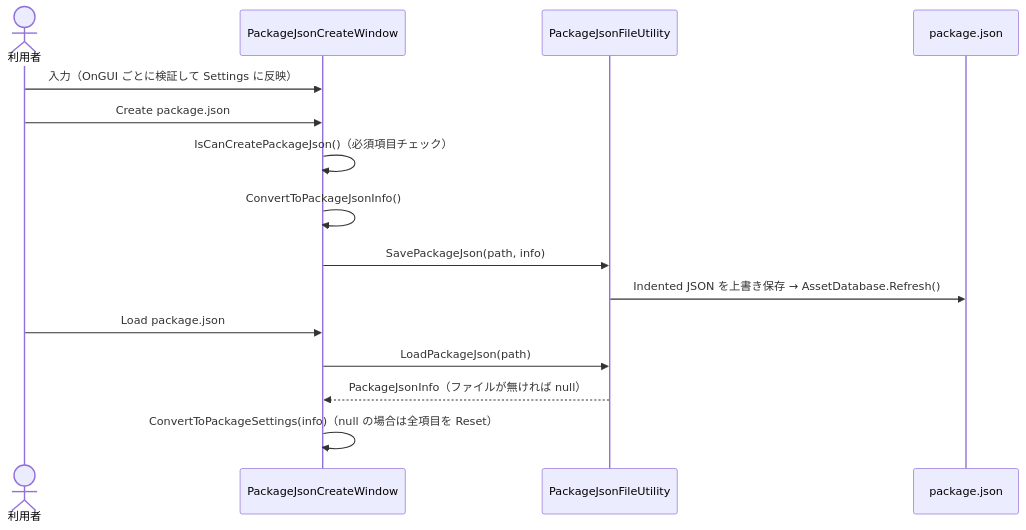
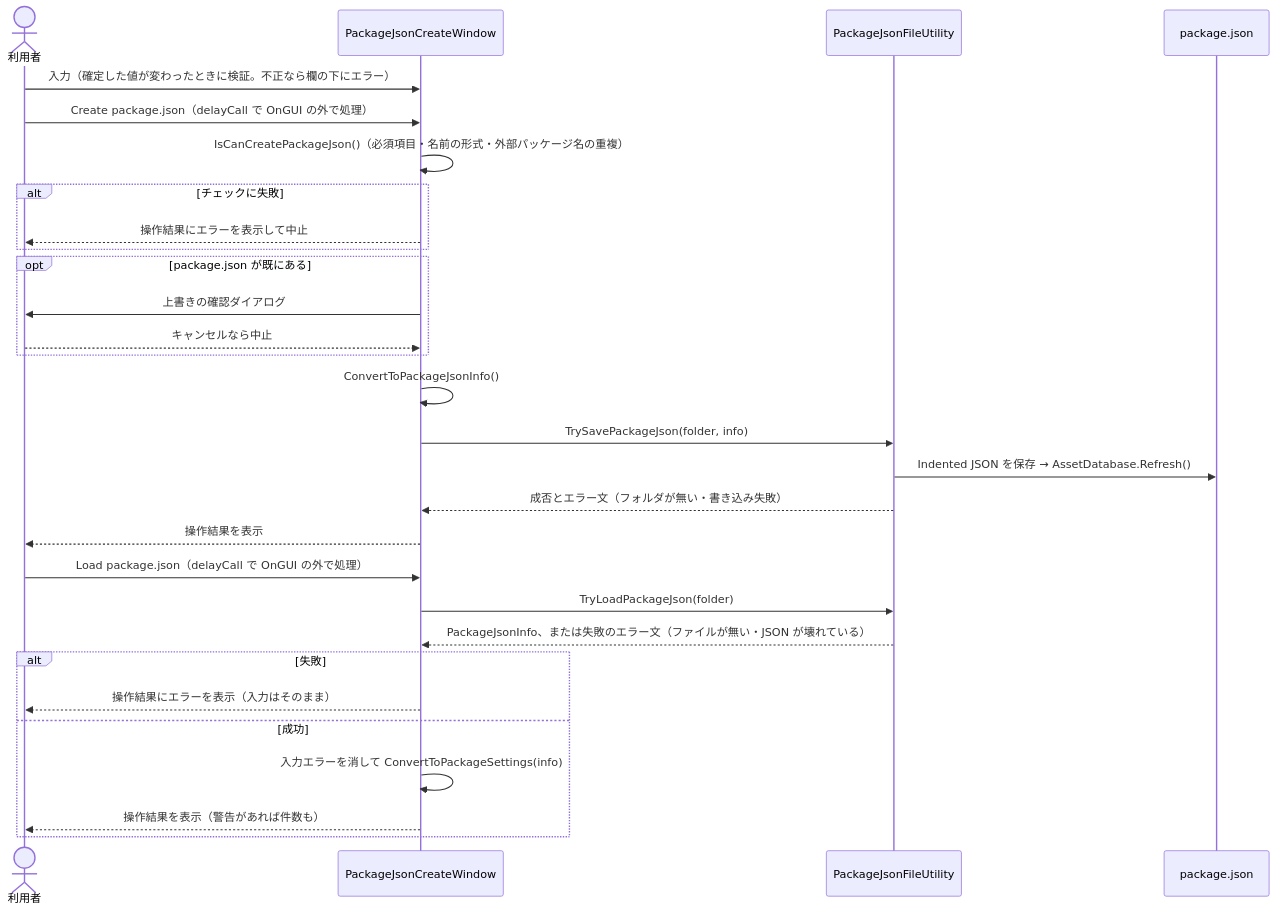
The second of 2 diagrams in Docs/functional-design.md (MAH-Lib/Unity-PackageJsonGenerator), drawn with Mermaid before and after one commit. The commit also changed other lines of this file and 80 other files, not shown here.

````diff
--- a/Docs/functional-design.md
+++ b/Docs/functional-design.md
@@ -75,17 +78,31 @@
 ```mermaid
 sequenceDiagram
     actor U as 利用者
     participant W as PackageJsonCreateWindow
     participant F as PackageJsonFileUtility
     participant D as package.json
-    U->>W: 入力（OnGUI ごとに検証して Settings に反映）
-    U->>W: Create package.json
-    W->>W: IsCanCreatePackageJson()（必須項目チェック）
+    U->>W: 入力（確定した値が変わったときに検証。不正なら欄の下にエラー）
+    U->>W: Create package.json（delayCall で OnGUI の外で処理）
+    W->>W: IsCanCreatePackageJson()（必須項目・名前の形式・外部パッケージ名の重複）
+    alt チェックに失敗
+        W-->>U: 操作結果にエラーを表示して中止
+    end
+    opt package.json が既にある
+        W->>U: 上書きの確認ダイアログ
+        U-->>W: キャンセルなら中止
+    end
     W->>W: ConvertToPackageJsonInfo()
-    W->>F: SavePackageJson(path, info)
-    F->>D: Indented JSON を上書き保存 → AssetDatabase.Refresh()
-    U->>W: Load package.json
-    W->>F: LoadPackageJson(path)
-    F-->>W: PackageJsonInfo（ファイルが無ければ null）
-    W->>W: ConvertToPackageSettings(info)（null の場合は全項目を Reset）
+    W->>F: TrySavePackageJson(folder, info)
+    F->>D: Indented JSON を保存 → AssetDatabase.Refresh()
+    F-->>W: 成否とエラー文（フォルダが無い・書き込み失敗）
+    W-->>U: 操作結果を表示
+    U->>W: Load package.json（delayCall で OnGUI の外で処理）
+    W->>F: TryLoadPackageJson(folder)
+    F-->>W: PackageJsonInfo、または失敗のエラー文（ファイルが無い・JSON が壊れている）
+    alt 失敗
+        W-->>U: 操作結果にエラーを表示（入力はそのまま）
+    else 成功
+        W->>W: 入力エラーを消して ConvertToPackageSettings(info)
+        W-->>U: 操作結果を表示（警告があれば件数も）
+    end
 ```
````
